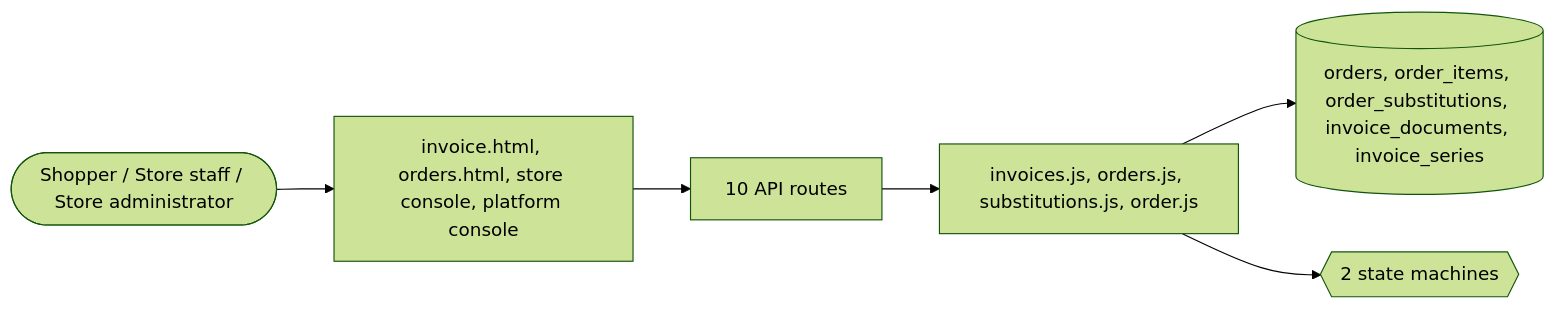
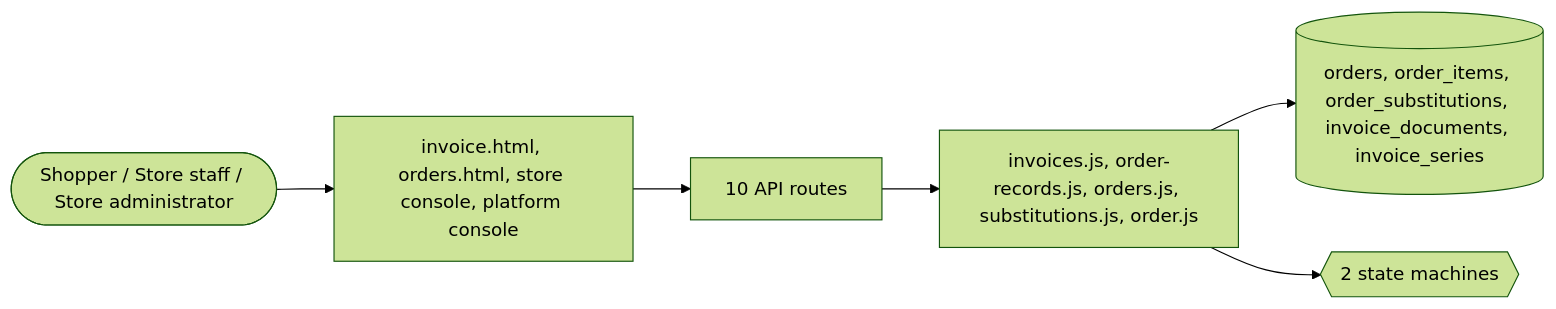
Before and after one commit to echelonxventures-Projects/universal-product: the third of 3 diagrams in docs/domains/order.md, drawn with Mermaid (forest theme). The commit also changed other lines of this file and 17 other files, not shown here.

````diff
--- a/docs/domains/order.md
+++ b/docs/domains/order.md
@@ -193,8 +194,8 @@
 ```mermaid
 flowchart LR
   U([Shopper / Store staff / Store administrator]) --> UI[invoice.html, orders.html, store console, platform console]
   UI --> API[10 API routes]
-  API --> ENG[invoices.js, orders.js, substitutions.js, order.js]
+  API --> ENG[invoices.js, order-records.js, orders.js, substitutions.js, order.js]
   ENG --> DB[(orders, order_items, order_substitutions, invoice_documents, invoice_series)]
   ENG --> SM{{2 state machines}}
 ```
````
